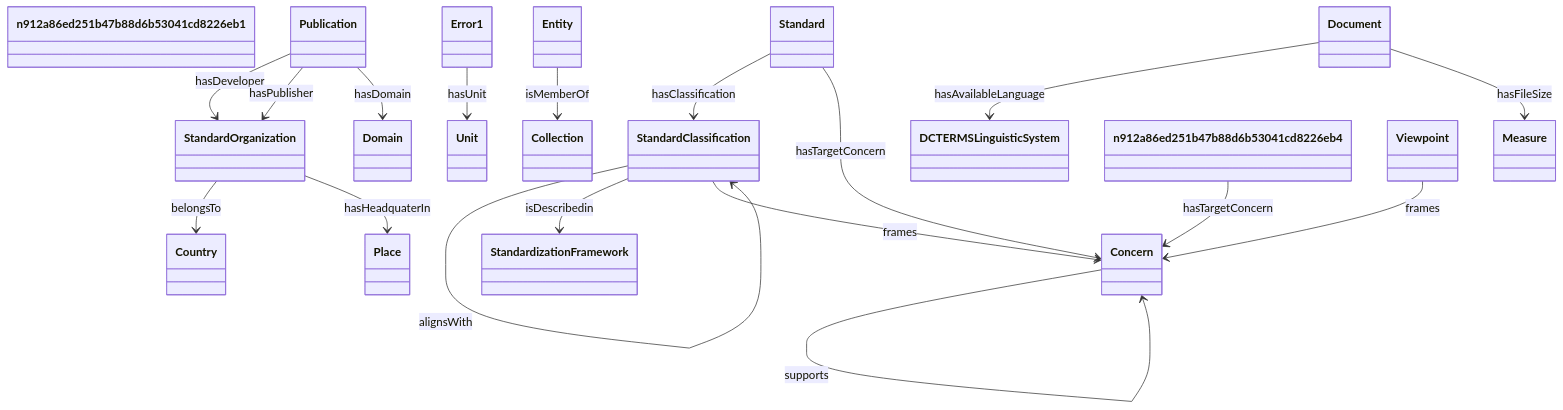
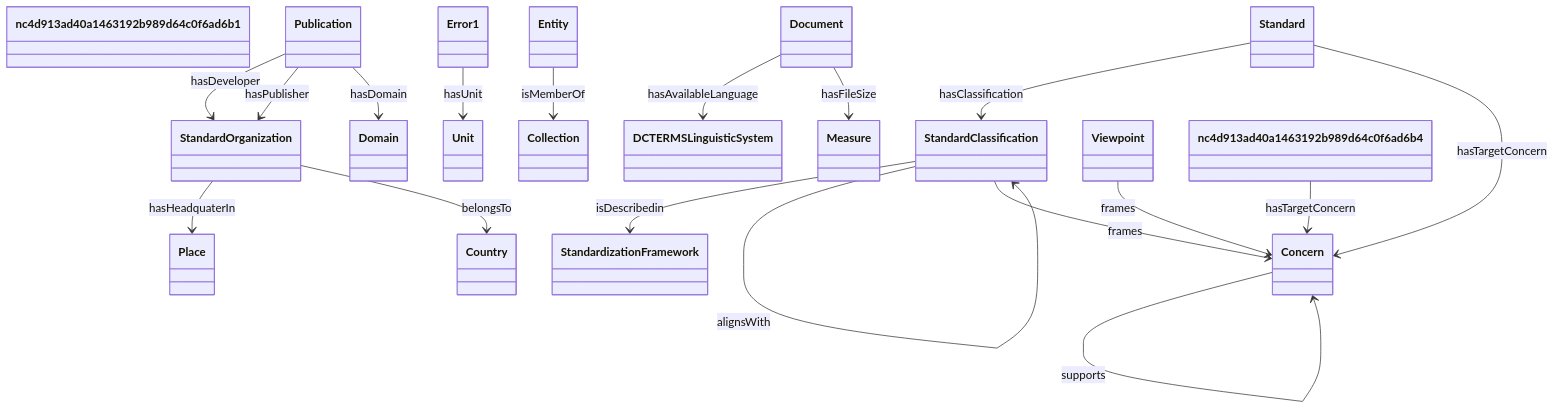
One commit to oeg-upm/Devos changed the diagram in output/ieswc_freq/i40.ttl-freq-10.md. Above: the diagram before and after it, drawn with Mermaid. The commit also changed 34 other files, not shown here.

````diff
--- a/output/ieswc_freq/i40.ttl-freq-10.md
+++ b/output/ieswc_freq/i40.ttl-freq-10.md
@@ -1,83 +1,83 @@
 ```mermaid
 	classDiagram
 
     
     class Concern {
     
     }
 
     class StandardClassification {
     
     }
 
     class StandardOrganization {
     
     }
 
     class Unit {
     
     }
 
-    class n912a86ed251b47b88d6b53041cd8226eb1 {
+    class nc4d913ad40a1463192b989d64c0f6ad6b1 {
     
     }
 
     class Collection {
     
     }
 
     class Country {
     
     }
 
     class DCTERMSLinguisticSystem {
     
     }
 
     class Domain {
     
     }
 
     class Measure {
     
     }
 
 
 
-Standard  --> StandardClassification   :hasClassification  
+StandardOrganization  --> Place   :hasHeadquaterIn  
+
+Publication  --> StandardOrganization   :hasDeveloper  
+
+Concern  --> Concern   :supports  
+
+StandardClassification  --> StandardizationFramework   :isDescribedin  
+
+Document  --> DCTERMSLinguisticSystem   :hasAvailableLanguage  
 
 StandardClassification  --> StandardClassification   :alignesWith  
 
-StandardClassification  --> StandardClassification   :alignsWith  
+Error1  --> Unit   :hasUnit  
 
-n912a86ed251b47b88d6b53041cd8226eb4  --> Concern   :hasTargetConcern  
+Standard  --> StandardClassification   :hasClassification  
 
-StandardClassification  --> StandardizationFramework   :isDescribedin  
+Entity  --> Collection   :isMemberOf  
 
 Viewpoint  --> Concern   :frames  
 
-Publication  --> StandardOrganization   :hasDeveloper  
+Standard  --> Concern   :hasTargetConcern  
 
-Document  --> DCTERMSLinguisticSystem   :hasAvailableLanguage  
+StandardOrganization  --> Country   :belongsTo  
+
+Publication  --> StandardOrganization   :hasPublisher  
 
 StandardClassification  --> Concern   :frames  
 
-Publication  --> StandardOrganization   :hasPublisher  
+Publication  --> Domain   :hasDomain  
 
-StandardOrganization  --> Country   :belongsTo  
+StandardClassification  --> StandardClassification   :alignsWith  
 
-Error1  --> Unit   :hasUnit  
-
-Standard  --> Concern   :hasTargetConcern  
+nc4d913ad40a1463192b989d64c0f6ad6b4  --> Concern   :hasTargetConcern  
 
 Document  --> Measure   :hasFileSize  
 
-StandardOrganization  --> Place   :hasHeadquaterIn  
-
-Publication  --> Domain   :hasDomain  
-
-Concern  --> Concern   :supports  
-
-Entity  --> Collection   :isMemberOf  
-
 ```
````
